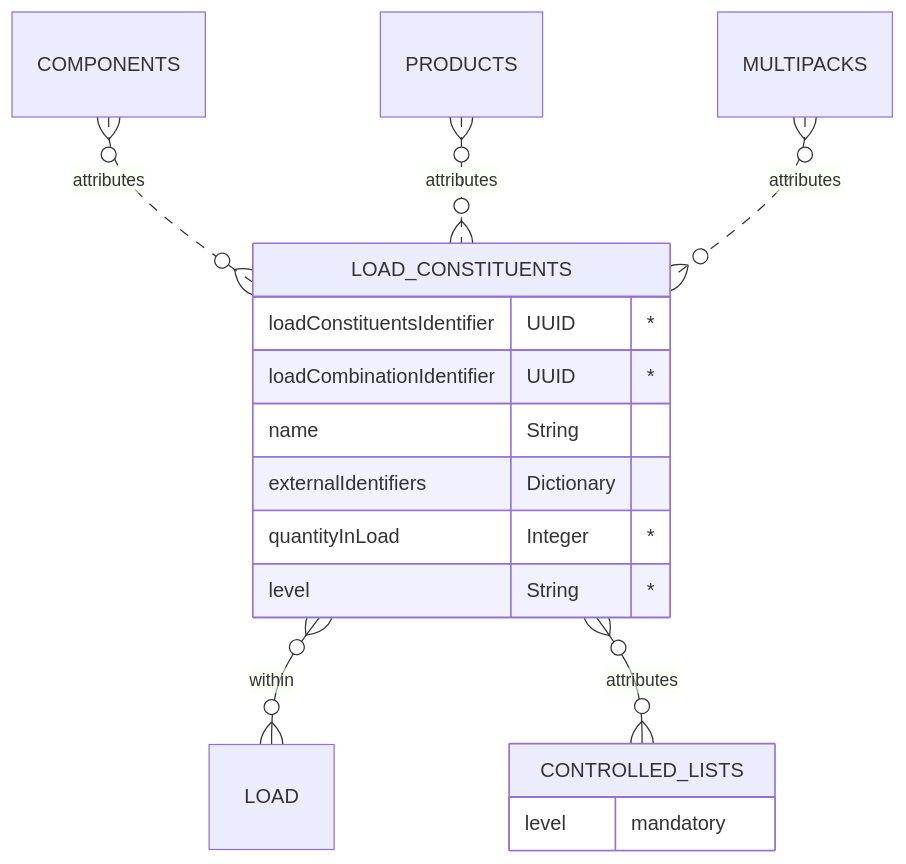
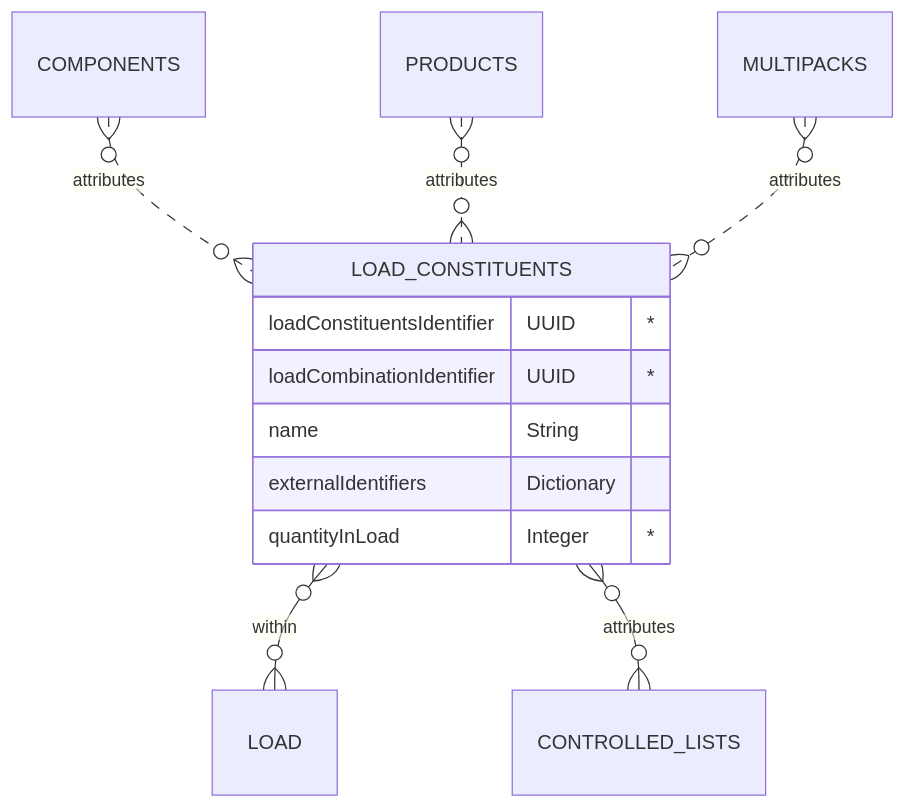
The diagram in docs/constituent-lists/load-constituents.md (OpenDataManchester/OSTFD), drawn with Mermaid before and after one commit. The commit also changed other lines of this file and 1 other file, not shown here.

Commit message:
Remove Levels

````diff
--- a/docs/constituent-lists/load-constituents.md
+++ b/docs/constituent-lists/load-constituents.md
@@ -22,19 +21,15 @@
 ``` mermaid
 erDiagram
   COMPONENTS }o..o{ LOAD_CONSTITUENTS : attributes
   PRODUCTS }o..o{ LOAD_CONSTITUENTS : attributes
   MULTIPACKS }o..o{ LOAD_CONSTITUENTS : attributes
   LOAD_CONSTITUENTS {
     loadConstituentsIdentifier UUID "*"
     loadCombinationIdentifier UUID "*"
     name String
     externalIdentifiers Dictionary
     quantityInLoad Integer "*"
-    level String "*"
   }
   LOAD_CONSTITUENTS }o--o{ LOAD : within
   LOAD_CONSTITUENTS }o--o{ CONTROLLED_LISTS : attributes
-  CONTROLLED_LISTS {
-    level mandatory
-  }
 ```
````
